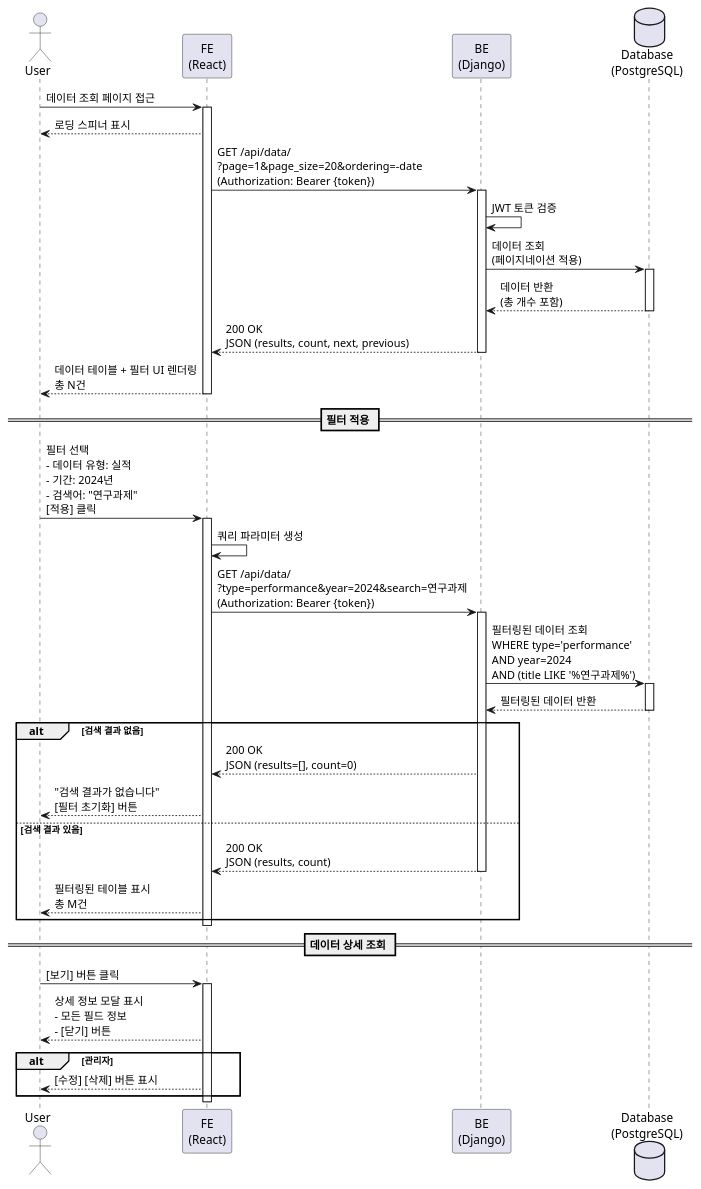
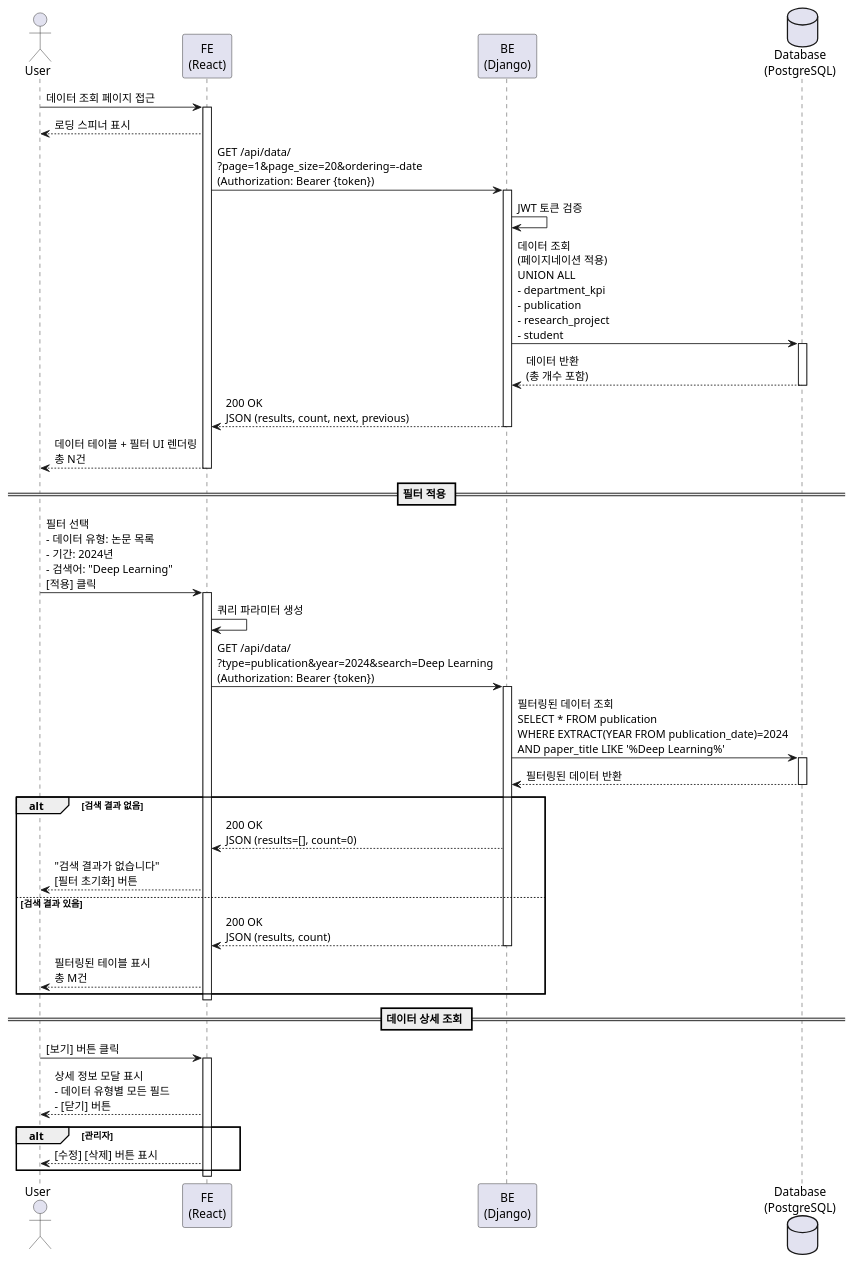
Before and after one commit to thermopower/final_mafia_challenge: the diagram in docs/usecases/004/spec.md, drawn with PlantUML. The commit also changed other lines of this file and 101 other files, not shown here.

````diff
--- a/docs/usecases/004/spec.md
+++ b/docs/usecases/004/spec.md
@@ -103,67 +138,67 @@
 ```plantuml
 @startuml
 actor User
 participant "FE\n(React)" as FE
 participant "BE\n(Django)" as BE
 database "Database\n(PostgreSQL)" as DB
 
 User -> FE: 데이터 조회 페이지 접근
 activate FE
 FE --> User: 로딩 스피너 표시
 
 FE -> BE: GET /api/data/\n?page=1&page_size=20&ordering=-date\n(Authorization: Bearer {token})
 activate BE
 
 BE -> BE: JWT 토큰 검증
 
-BE -> DB: 데이터 조회\n(페이지네이션 적용)
+BE -> DB: 데이터 조회\n(페이지네이션 적용)\nUNION ALL\n- department_kpi\n- publication\n- research_project\n- student
 activate DB
 DB --> BE: 데이터 반환\n(총 개수 포함)
 deactivate DB
 
 BE --> FE: 200 OK\nJSON (results, count, next, previous)
 deactivate BE
 
 FE --> User: 데이터 테이블 + 필터 UI 렌더링\n총 N건
 deactivate FE
 
 == 필터 적용 ==
 
-User -> FE: 필터 선택\n- 데이터 유형: 실적\n- 기간: 2024년\n- 검색어: "연구과제"\n[적용] 클릭
+User -> FE: 필터 선택\n- 데이터 유형: 논문 목록\n- 기간: 2024년\n- 검색어: "Deep Learning"\n[적용] 클릭
 activate FE
 
 FE -> FE: 쿼리 파라미터 생성
 
-FE -> BE: GET /api/data/\n?type=performance&year=2024&search=연구과제\n(Authorization: Bearer {token})
+FE -> BE: GET /api/data/\n?type=publication&year=2024&search=Deep Learning\n(Authorization: Bearer {token})
 activate BE
 
-BE -> DB: 필터링된 데이터 조회\nWHERE type='performance'\nAND year=2024\nAND (title LIKE '%연구과제%')
+BE -> DB: 필터링된 데이터 조회\nSELECT * FROM publication\nWHERE EXTRACT(YEAR FROM publication_date)=2024\nAND paper_title LIKE '%Deep Learning%'
 activate DB
 DB --> BE: 필터링된 데이터 반환
 deactivate DB
 
 alt 검색 결과 없음
     BE --> FE: 200 OK\nJSON (results=[], count=0)
     FE --> User: "검색 결과가 없습니다"\n[필터 초기화] 버튼
 else 검색 결과 있음
     BE --> FE: 200 OK\nJSON (results, count)
     deactivate BE
     FE --> User: 필터링된 테이블 표시\n총 M건
 end
 
 deactivate FE
 
 == 데이터 상세 조회 ==
 
 User -> FE: [보기] 버튼 클릭
 activate FE
-FE --> User: 상세 정보 모달 표시\n- 모든 필드 정보\n- [닫기] 버튼
+FE --> User: 상세 정보 모달 표시\n- 데이터 유형별 모든 필드\n- [닫기] 버튼
 
 alt 관리자
     FE --> User: [수정] [삭제] 버튼 표시
 end
 
 deactivate FE
 
 @enduml
 ```
````
